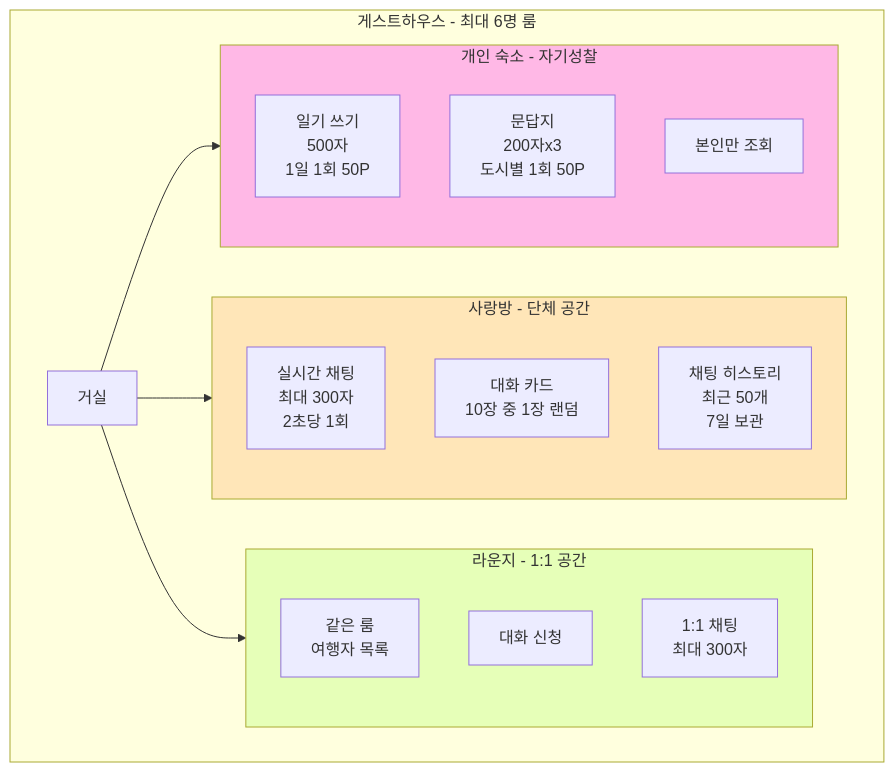
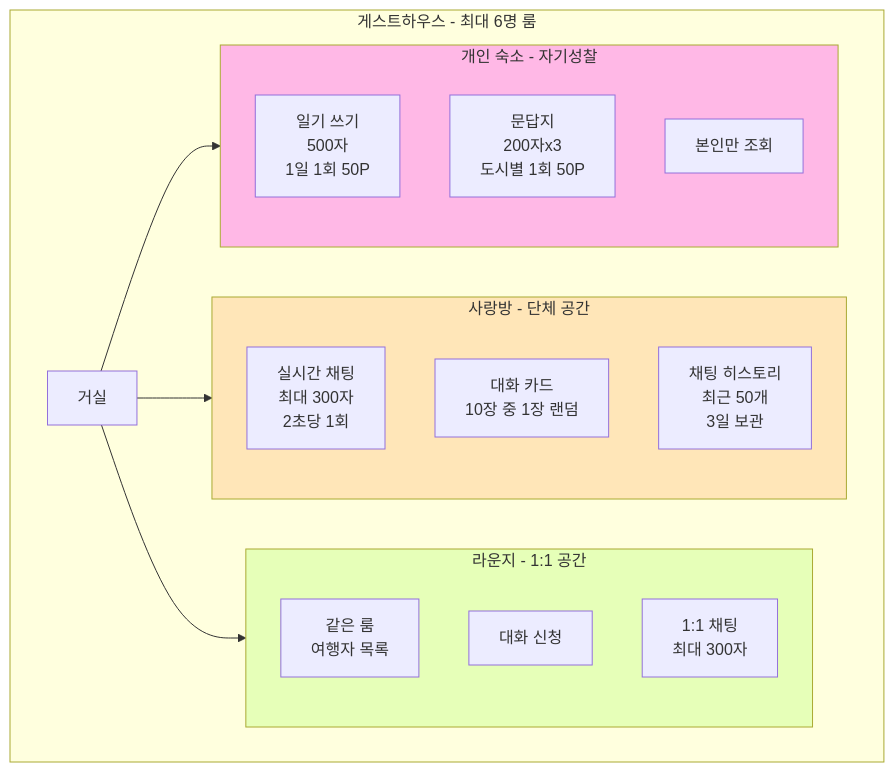
The second of 3 diagrams in docs/01-mvp.md (yuiyeong/bzero), drawn with Mermaid before and after one commit. The commit also changed other lines of this file, not shown here.

````diff
--- a/docs/01-mvp.md
+++ b/docs/01-mvp.md
@@ -222,30 +222,30 @@
 ```mermaid
 graph TB
 subgraph GuestHouse[게스트하우스 - 최대 6명 룸]
 Lobby[거실] --> Sarangbang[사랑방]
 Lobby --> Lounge[라운지]
 Lobby --> Private[개인 숙소]
 
 subgraph Sarangbang[사랑방 - 단체 공간]
 Chat[실시간 채팅<br/>최대 300자<br/>2초당 1회]
 Card[대화 카드<br/>10장 중 1장 랜덤]
-History[채팅 히스토리<br/>최근 50개<br/>7일 보관]
+History[채팅 히스토리<br/>최근 50개<br/>3일 보관]
 end
 
 subgraph Lounge[라운지 - 1:1 공간]
 UserList[같은 룸<br/>여행자 목록]
 Request[대화 신청]
 OneOnOne[1:1 채팅<br/>최대 300자]
 end
 
 subgraph Private[개인 숙소 - 자기성찰]
 Diary[일기 쓰기<br/>500자<br/>1일 1회 50P]
 Question[문답지<br/>200자x3<br/>도시별 1회 50P]
 Privacy[본인만 조회]
 end
 end
 
 style Sarangbang fill: #ffe6b8
 style Lounge fill: #e6ffb8
 style Private fill: #ffb8e6
 ```
````
